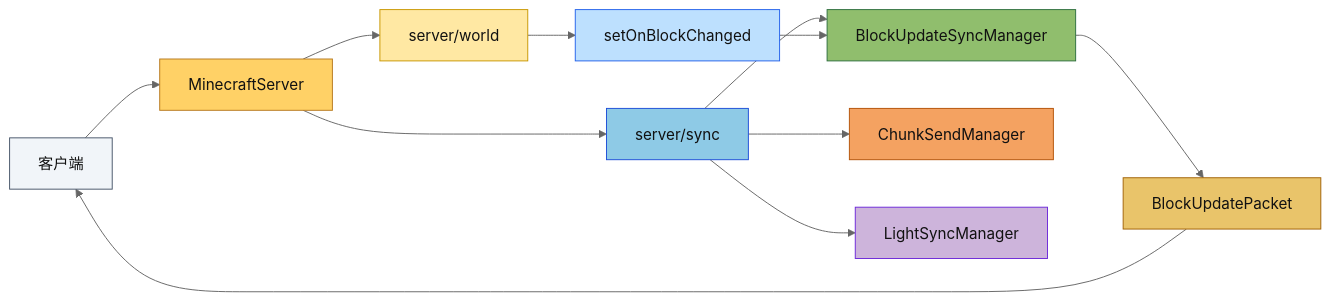
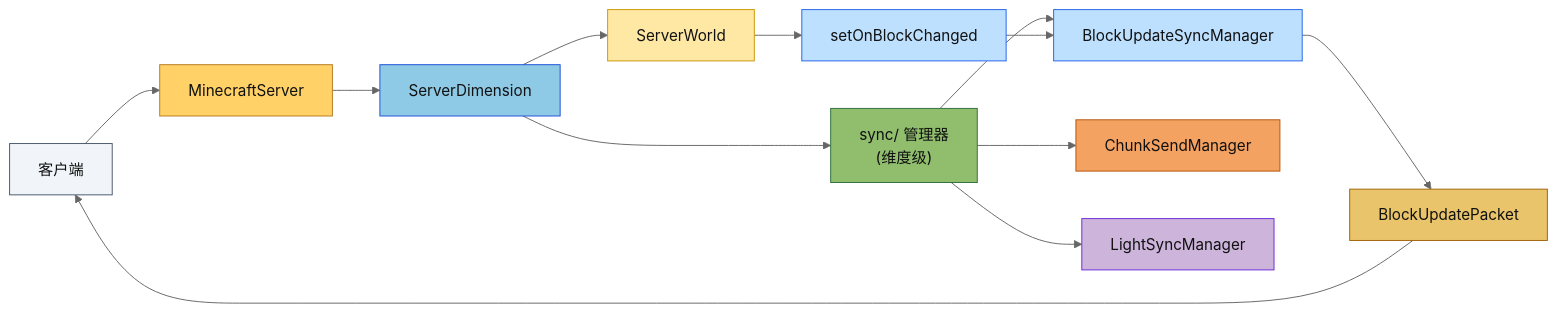
Before and after one commit to g122622/Cubium: the diagram in src/server/README.md, drawn with Mermaid (neutral theme). The commit also changed other lines of this file and 2 other files, not shown here.

````diff
--- a/src/server/README.md
+++ b/src/server/README.md
@@ -470,23 +506,25 @@
 ```mermaid
 flowchart LR
     client["客户端"] --> server["MinecraftServer"]
-    server --> sync["server/sync"]
+    server --> dim["ServerDimension"]
+    dim --> sync["sync/ 管理器<br/>(维度级)"]
     sync --> block["BlockUpdateSyncManager"]
     sync --> chunk["ChunkSendManager"]
     sync --> light["LightSyncManager"]
-    server --> world["server/world"]
+    dim --> world["ServerWorld"]
     world --> callback["setOnBlockChanged"]
     callback --> block
     block --> packet["BlockUpdatePacket"]
     packet --> client
 
     style client fill:#f1f5f9,stroke:#475569,color:#111
     style server fill:#ffd166,stroke:#b7791f,color:#111
-    style sync fill:#8ecae6,stroke:#1d4ed8,color:#111
-    style block fill:#90be6d,stroke:#2f6f3e,color:#111
+    style dim fill:#8ecae6,stroke:#1d4ed8,color:#111
+    style sync fill:#90be6d,stroke:#2f6f3e,color:#111
+    style block fill:#bde0fe,stroke:#2563eb,color:#111
     style chunk fill:#f4a261,stroke:#b45309,color:#111
     style light fill:#cdb4db,stroke:#6d28d9,color:#111
     style world fill:#ffe8a3,stroke:#c99700,color:#111
     style callback fill:#bde0fe,stroke:#2563eb,color:#111
     style packet fill:#e9c46a,stroke:#a16207,color:#111
 ```
````
